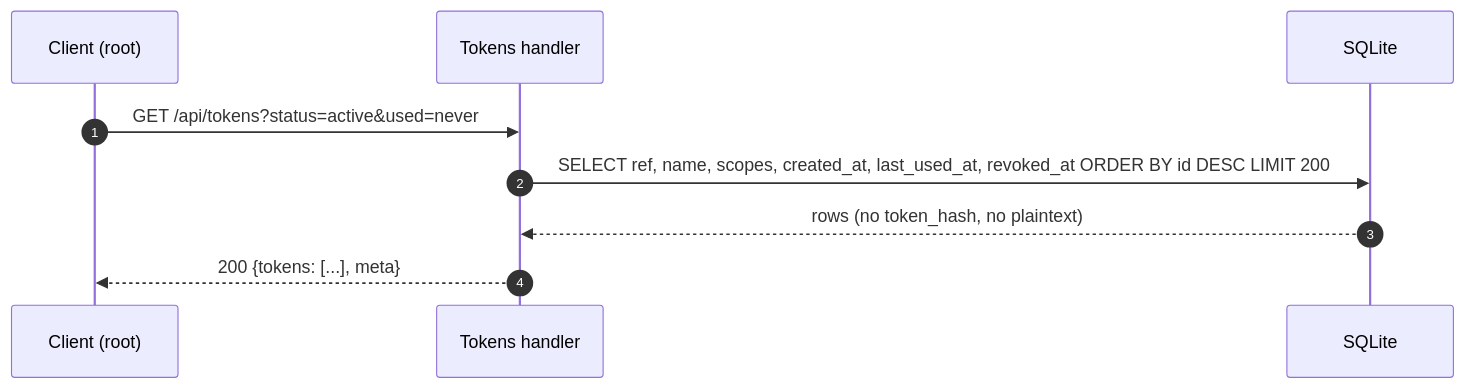
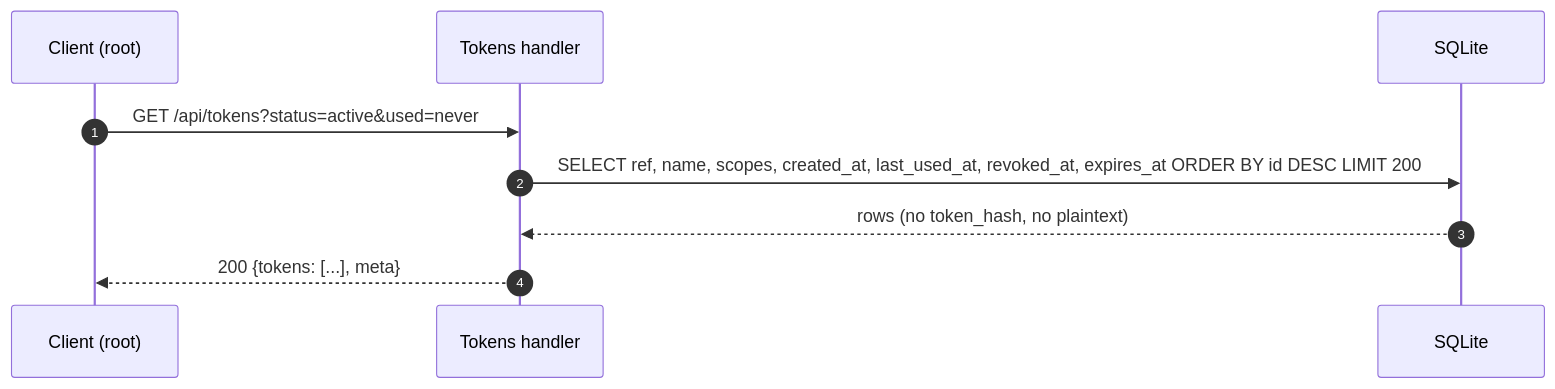
One commit to dimasbaguspm/spenicle changed the diagram in docs/endpoints/GET_api_tokens.md. Above: the diagram before and after it, drawn with Mermaid. The commit also changed other lines of this file and 10 other files, not shown here.

````diff
--- a/docs/endpoints/GET_api_tokens.md
+++ b/docs/endpoints/GET_api_tokens.md
@@ -48,11 +48,11 @@
 ```mermaid
 sequenceDiagram
     autonumber
     participant C as Client (root)
     participant H as Tokens handler
     participant DB as SQLite
     C->>H: GET /api/tokens?status=active&used=never
-    H->>DB: SELECT ref, name, scopes, created_at, last_used_at, revoked_at ORDER BY id DESC LIMIT 200
+    H->>DB: SELECT ref, name, scopes, created_at, last_used_at, revoked_at, expires_at ORDER BY id DESC LIMIT 200
     DB-->>H: rows (no token_hash, no plaintext)
     H-->>C: 200 {tokens: [...], meta}
 ```
````
